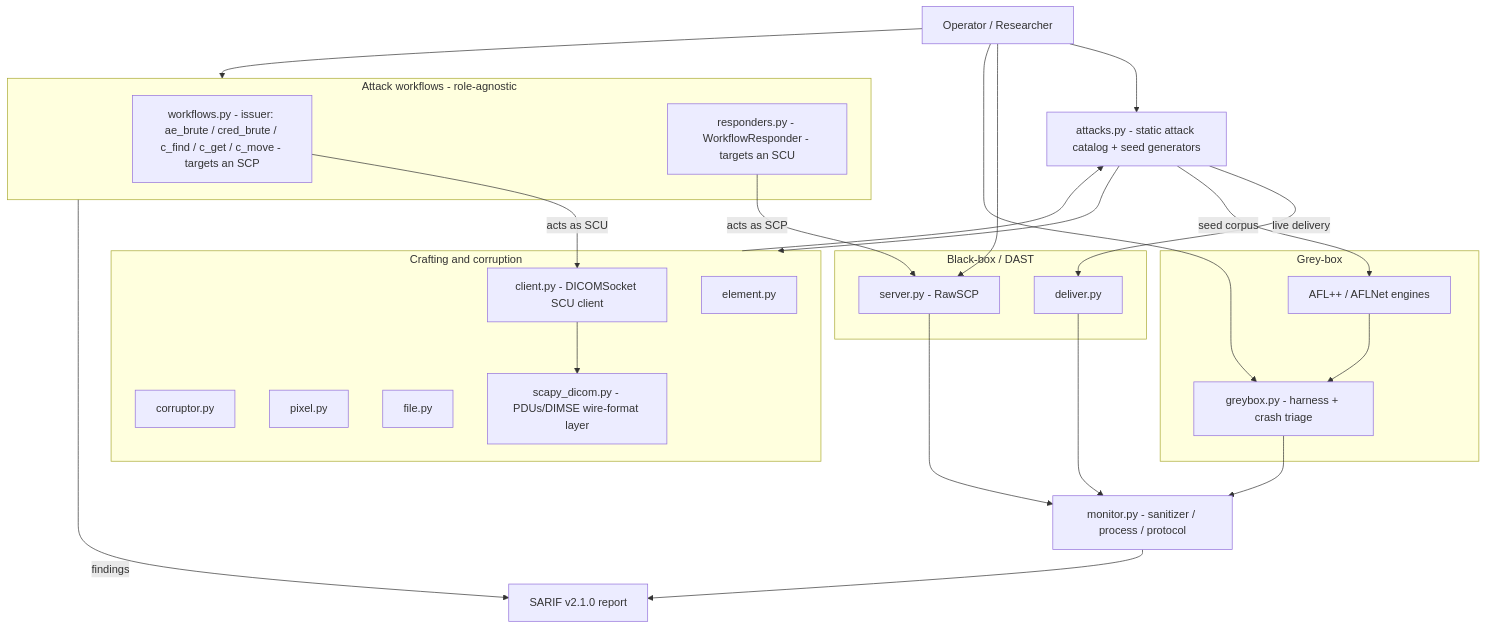
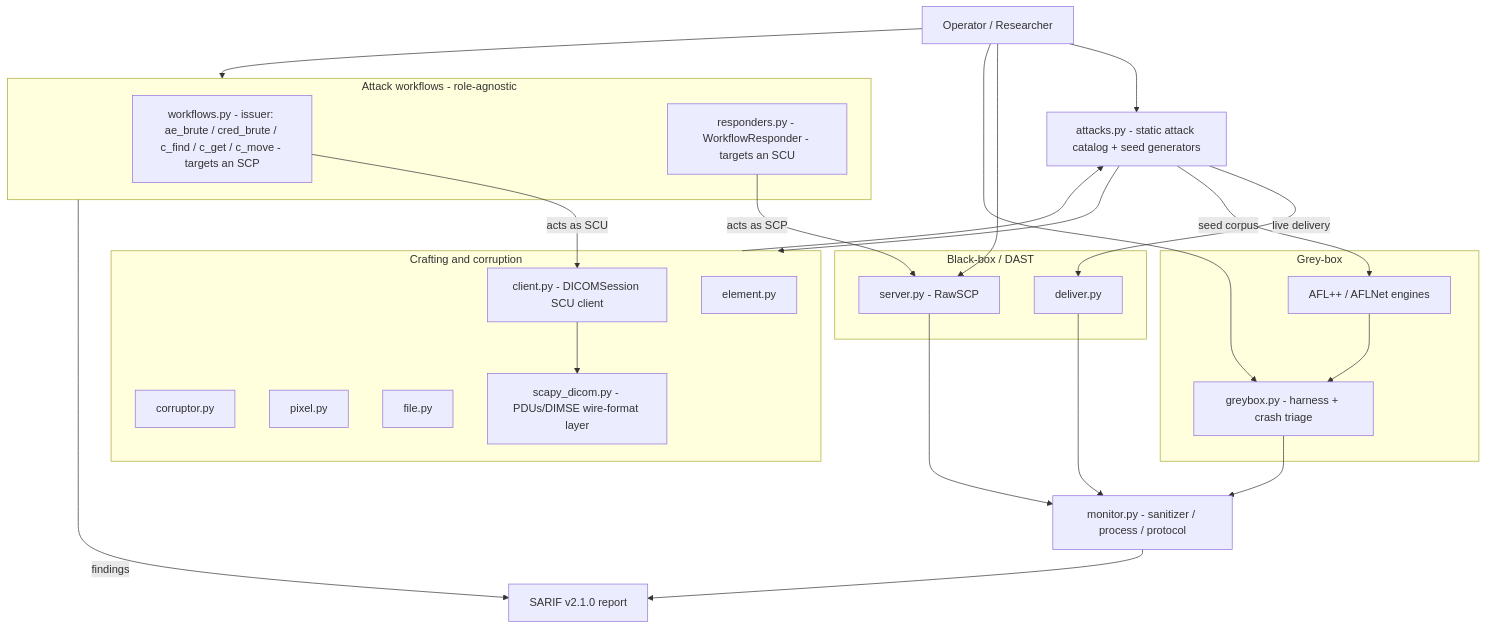
The diagram in README.md (tmart234/C-SCARE), drawn with Mermaid before and after one commit. The commit also changed other lines of this file and 7 other files, not shown here.

First line of the commit message:
Wire up DICOMSocket package export, fix stale client refs in docs/imports

````diff
--- a/README.md
+++ b/README.md
@@ -26,51 +26,51 @@
 ```mermaid
 flowchart TD
     USER[Operator / Researcher]
 
     subgraph CRAFT [Crafting and corruption]
         ELEMENT[element.py]
         CORRUPTOR[corruptor.py]
         PIXEL[pixel.py]
         FILE[file.py]
         SCAPY[scapy_dicom.py - PDUs/DIMSE wire-format layer]
-        CLIENT[client.py - DICOMSocket SCU client]
+        CLIENT[client.py - DICOMSession SCU client]
     end
 
     CATALOG[attacks.py - static attack catalog + seed generators]
 
     subgraph BLACKBOX [Black-box / DAST]
         DELIVER[deliver.py]
         SERVER[server.py - RawSCP]
     end
 
     subgraph WORKFLOWS [Attack workflows - role-agnostic]
         ISSUER[workflows.py - issuer: ae_brute / cred_brute / c_find / c_get / c_move - targets an SCP]
         RESPONDER[responders.py - WorkflowResponder - targets an SCU]
     end
 
     subgraph GREYBOX [Grey-box]
         AFL[AFL++ / AFLNet engines]
         GB[greybox.py - harness + crash triage]
     end
 
     MONITOR[monitor.py - sanitizer / process / protocol]
     SARIF[SARIF v2.1.0 report]
 
     USER --> CATALOG
     USER --> SERVER
     USER --> WORKFLOWS
     USER --> GB
     CATALOG --> CRAFT
     CRAFT --> CATALOG
     CATALOG -->|live delivery| DELIVER
     CATALOG -->|seed corpus| AFL
     ISSUER -->|acts as SCU| CLIENT
     CLIENT --> SCAPY
     RESPONDER -->|acts as SCP| SERVER
     DELIVER --> MONITOR
     AFL --> GB
     GB --> MONITOR
     SERVER --> MONITOR
     MONITOR --> SARIF
     WORKFLOWS -->|findings| SARIF
 ```
````
